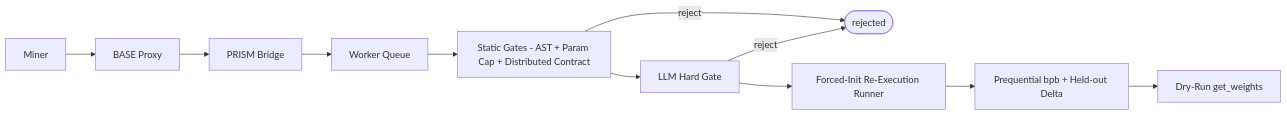
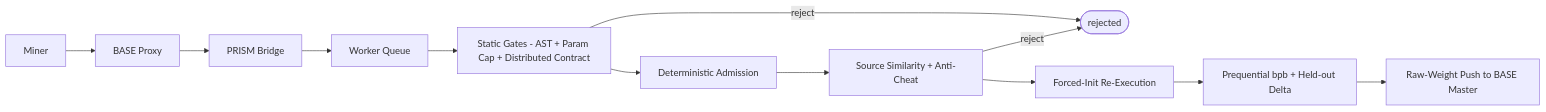
One commit to BaseIntelligence/prism changed the first of 2 diagrams in docs/architecture.md. Above: the diagram before and after it, drawn with Mermaid. The commit also changed other lines of this file and 7 other files, not shown here.

First line of the commit message:
docs: rewrite Prism guides for deterministic admission and TEE

````diff
--- a/docs/architecture.md
+++ b/docs/architecture.md
@@ -10,13 +14,14 @@
 ```mermaid
 flowchart LR
     Miner[Miner] --> Proxy[BASE Proxy]
     Proxy --> Bridge[PRISM Bridge]
     Bridge --> Queue[Worker Queue]
     Queue --> Static[Static Gates - AST + Param Cap + Distributed Contract]
     Static -->|reject| Rejected([rejected])
-    Static --> LLM[LLM Hard Gate]
-    LLM -->|reject| Rejected
-    LLM --> Reexec[Forced-Init Re-Execution Runner]
+    Static --> Admit[Deterministic Admission]
+    Admit --> Similarity[Source Similarity + Anti-Cheat]
+    Similarity -->|reject| Rejected
+    Similarity --> Reexec[Forced-Init Re-Execution]
     Reexec --> Score[Prequential bpb + Held-out Delta]
-    Score --> Weights[Dry-Run get_weights]
+    Score --> Weights[Raw-Weight Push to BASE Master]
 ```
````
